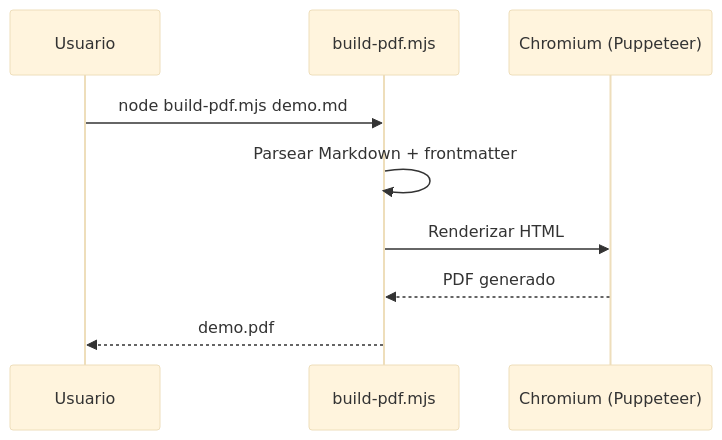
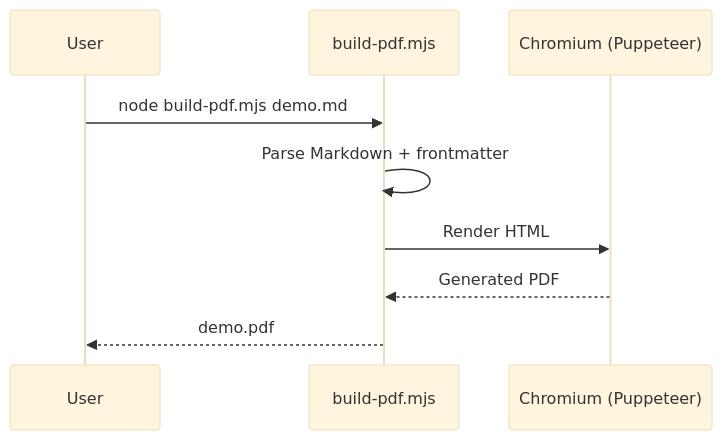
Before and after one commit to mgalindor/md-to-pdf: the first of 2 diagrams in example/demo.md, drawn with Mermaid (base theme). The commit also changed other lines of this file and 3 other files, not shown here.

````diff
--- a/example/demo.md
+++ b/example/demo.md
@@ -43,11 +43,11 @@
 ```mermaid
 sequenceDiagram
-    participant U as Usuario
+    participant U as User
     participant CLI as build-pdf.mjs
     participant B as Chromium (Puppeteer)
     U->>CLI: node build-pdf.mjs demo.md
-    CLI->>CLI: Parsear Markdown + frontmatter
-    CLI->>B: Renderizar HTML
-    B-->>CLI: PDF generado
+    CLI->>CLI: Parse Markdown + frontmatter
+    CLI->>B: Render HTML
+    B-->>CLI: Generated PDF
     CLI-->>U: demo.pdf
 ```
````
